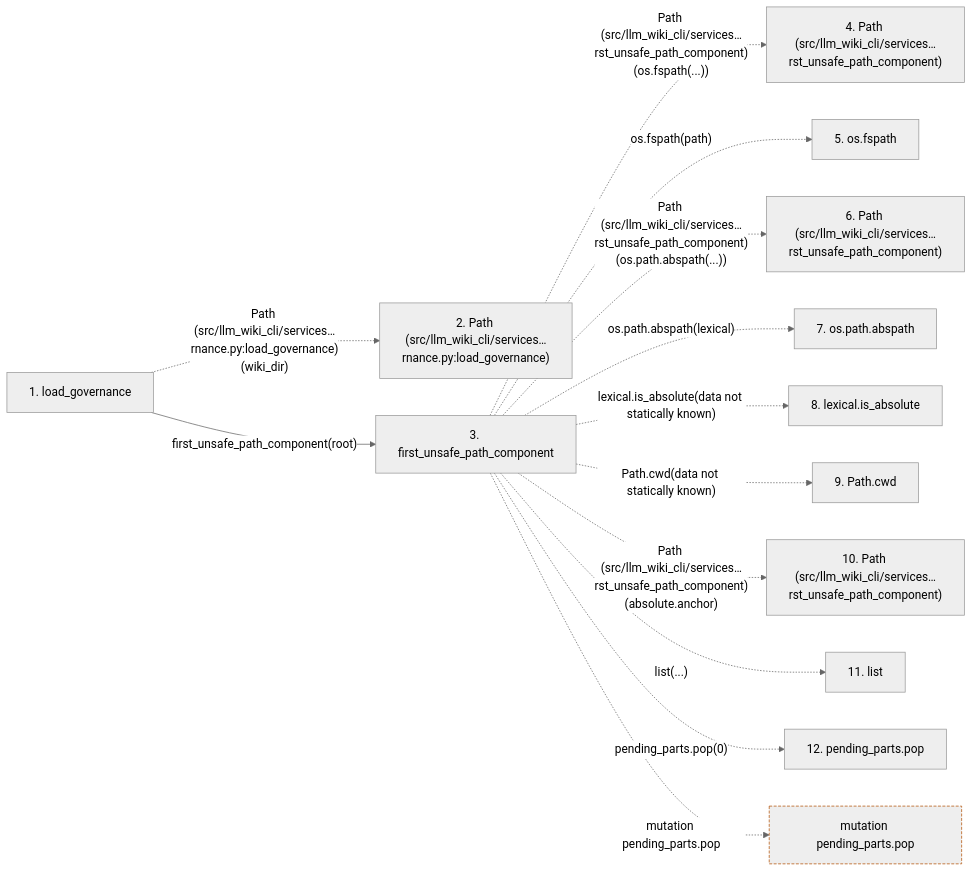
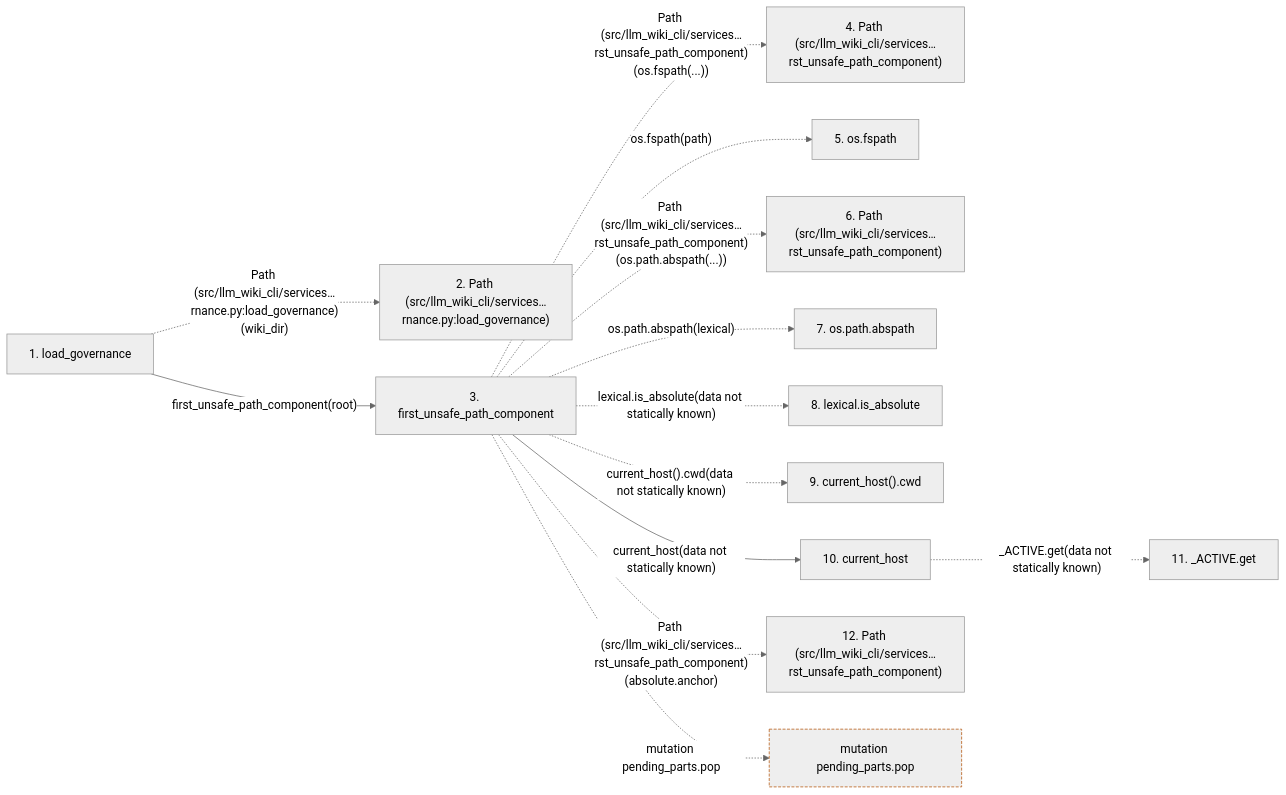
The second of 2 diagrams in docs/llm_wiki/flows/api-load_governance.md (Denissvgn/python-wiki-llm), drawn with Mermaid (neutral theme) before and after one commit. The commit also changed other lines of this file and 1555 other files, not shown here.

````diff
--- a/docs/llm_wiki/flows/api-load_governance.md
+++ b/docs/llm_wiki/flows/api-load_governance.md
@@ -140,32 +141,33 @@
 ```mermaid
 flowchart LR
     s1["1. load_governance"]
     s2["2. Path (src/llm_wiki_cli/services…rnance.py:load_governance)"]
     s3["3. first_unsafe_path_component"]
     s4["4. Path (src/llm_wiki_cli/services…rst_unsafe_path_component)"]
     s5["5. os.fspath"]
     s6["6. Path (src/llm_wiki_cli/services…rst_unsafe_path_component)"]
     s7["7. os.path.abspath"]
     s8["8. lexical.is_absolute"]
-    s9["9. Path.cwd"]
-    s10["10. Path (src/llm_wiki_cli/services…rst_unsafe_path_component)"]
-    s11["11. list"]
-    s12["12. pending_parts.pop"]
+    s9["9. current_host().cwd"]
+    s10["10. current_host"]
+    s11["11. _ACTIVE.get"]
+    s12["12. Path (src/llm_wiki_cli/services…rst_unsafe_path_component)"]
     s1 -. "Path (src/llm_wiki_cli/services…rnance.py:load_governance)(wiki_dir)" .-> s2
     s1 -->|"first_unsafe_path_component(root)"| s3
     s3 -. "Path (src/llm_wiki_cli/services…rst_unsafe_path_component)(os.fspath(...))" .-> s4
     s3 -. "os.fspath(path)" .-> s5
     s3 -. "Path (src/llm_wiki_cli/services…rst_unsafe_path_component)(os.path.abspath(...))" .-> s6
     s3 -. "os.path.abspath(lexical)" .-> s7
     s3 -. "lexical.is_absolute(data not statically known)" .-> s8
-    s3 -. "Path.cwd(data not statically known)" .-> s9
-    s3 -. "Path (src/llm_wiki_cli/services…rst_unsafe_path_component)(absolute.anchor)" .-> s10
-    s3 -. "list(...)" .-> s11
-    s3 -. "pending_parts.pop(0)" .-> s12
+    s3 -. "current_host().cwd(data not statically known)" .-> s9
+    s3 -->|"current_host(data not statically known)"| s10
+    s10 -. "_ACTIVE.get(data not statically known)" .-> s11
+    s3 -. "Path (src/llm_wiki_cli/services…rst_unsafe_path_component)(absolute.anchor)" .-> s12
     b0["mutation pending_parts.pop"]
     s3 -. "mutation pending_parts.pop" .-> b0
     click s1 "../modules/knowledge_governance.md"
     click s3 "../modules/io.md"
+    click s10 "../modules/host.md"
     classDef boundary stroke:#b45309,stroke-dasharray: 4 2
     class b0 boundary
 ```
````
